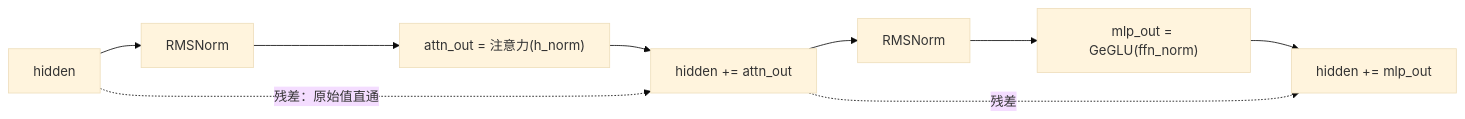
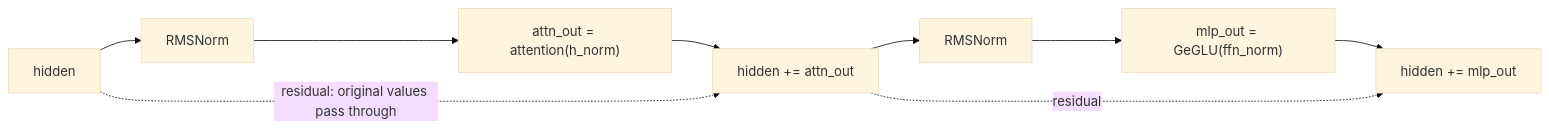
One commit to hashibit/cpp20gemma changed the diagram in docs/04-RMSNorm.md. Above: the diagram before and after it, drawn with Mermaid (base theme). The commit also changed other lines of this file and 24 other files, not shown here.

````diff
--- a/docs/04-RMSNorm.md
+++ b/docs/04-RMSNorm.md
@@ -115,9 +115,9 @@
 ```mermaid
 flowchart LR
-    H["hidden"] --> RN1["RMSNorm"] --> A["attn_out = 注意力(h_norm)"]
+    H["hidden"] --> RN1["RMSNorm"] --> A["attn_out = attention(h_norm)"]
     A --> P1["hidden += attn_out"]
-    H -.->|"残差：原始值直通"| P1
+    H -.->|"residual: original values pass through"| P1
     P1 --> RN2["RMSNorm"] --> M["mlp_out = GeGLU(ffn_norm)"]
     M --> P2["hidden += mlp_out"]
-    P1 -.->|"残差"| P2
+    P1 -.->|"residual"| P2
 ```
````
